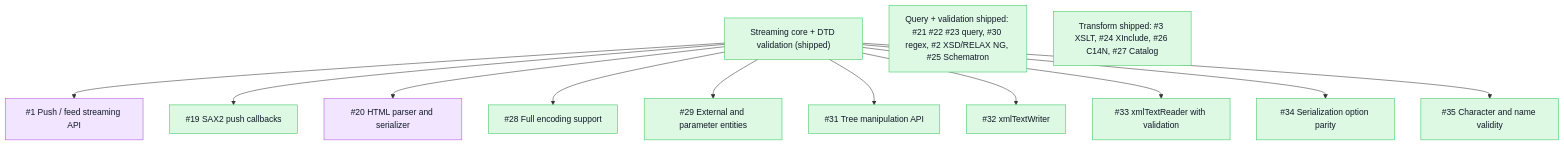
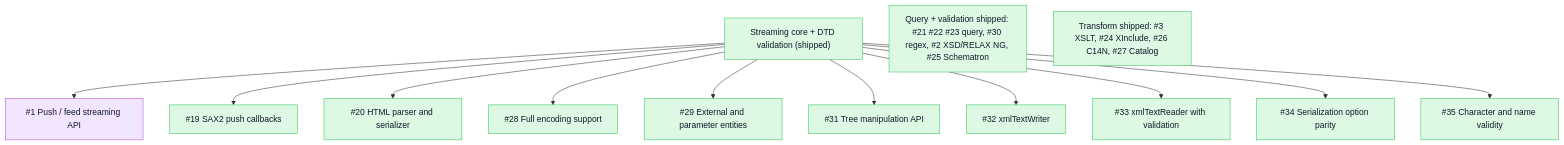
Before and after one commit to mihaelamj/PureXML: the second of 2 diagrams in README.md, drawn with Mermaid. The commit also changed 8 other files, not shown here.

First line of the commit message:
feat(html): lenient HTML parser and serializer

````diff
--- a/README.md
+++ b/README.md
@@ -55,30 +55,30 @@
 ```mermaid
 flowchart TB
   classDef done fill:#ddf9e4,stroke:#34c759,color:#111827
   classDef review fill:#fff7d6,stroke:#ffcc00,color:#111827
   classDef epic fill:#f2e5ff,stroke:#af52de,color:#111827
   classDef todo fill:#f2f4f7,stroke:#8e8e93,color:#111827
   Core["Streaming core + DTD validation (shipped)"]:::done
   Push["#1 Push / feed streaming API"]:::epic
   Sax["#19 SAX2 push callbacks"]:::done
-  Html["#20 HTML parser and serializer"]:::epic
+  Html["#20 HTML parser and serializer"]:::done
   Enc["#28 Full encoding support"]:::done
   Ent["#29 External and parameter entities"]:::done
   TreeApi["#31 Tree manipulation API"]:::done
   Writer["#32 xmlTextWriter"]:::done
   Reader["#33 xmlTextReader with validation"]:::done
   Save["#34 Serialization option parity"]:::done
   Chars["#35 Character and name validity"]:::done
   Query["Query + validation shipped: #21 #22 #23 query, #30 regex, #2 XSD/RELAX NG, #25 Schematron"]:::done
   Transform["Transform shipped: #3 XSLT, #24 XInclude, #26 C14N, #27 Catalog"]:::done
   Core --> Push
   Core --> Sax
   Core --> Html
   Core --> Enc
   Core --> Ent
   Core --> TreeApi
   Core --> Writer
   Core --> Reader
   Core --> Save
   Core --> Chars
 ```
````
